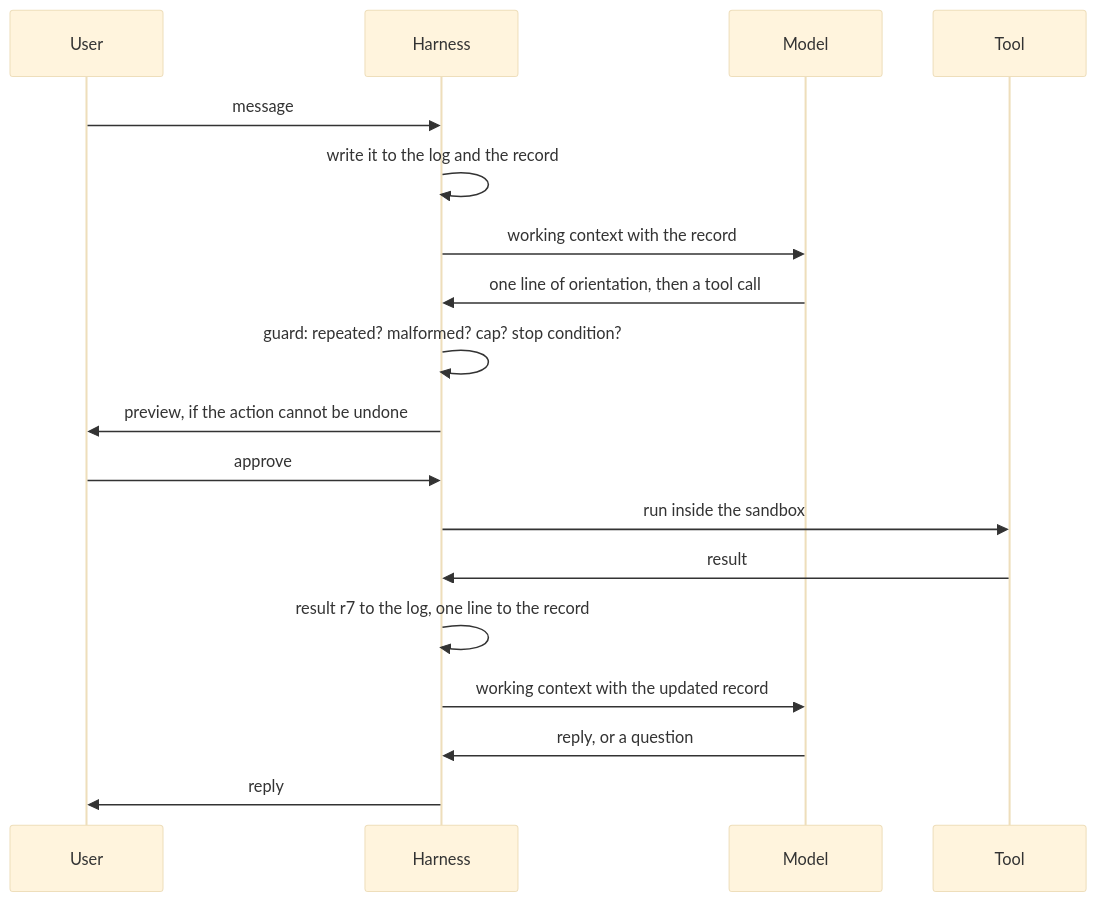
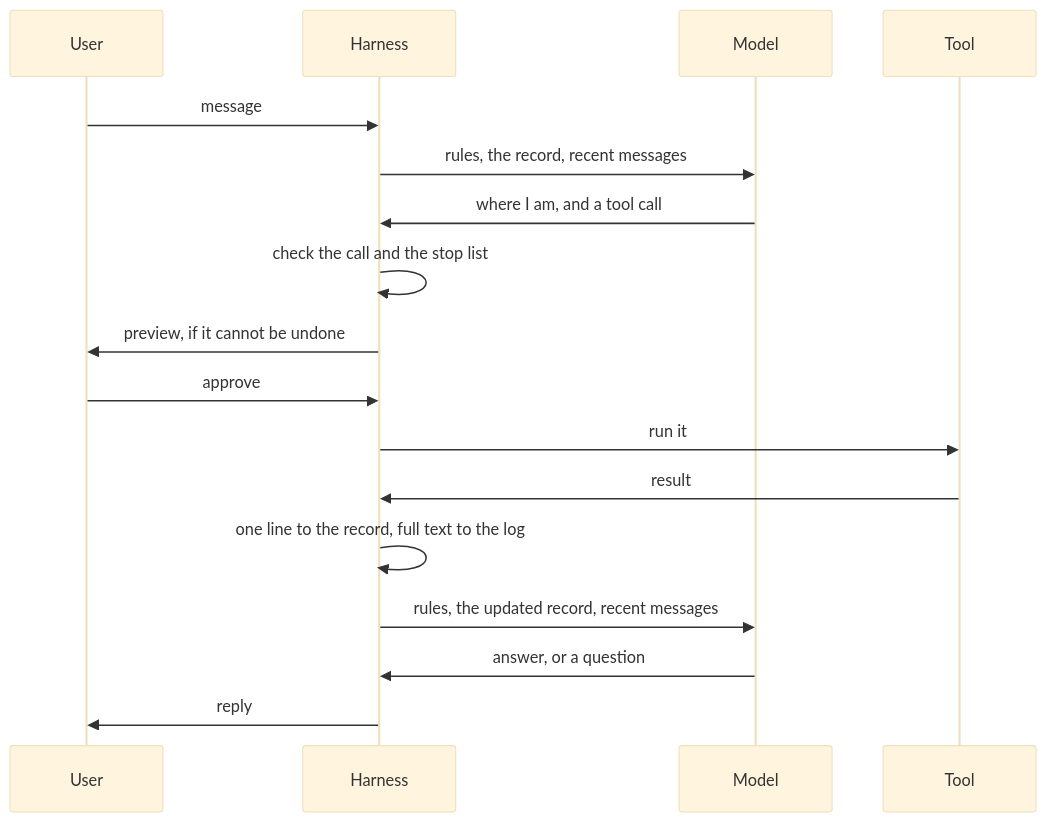
One commit to JaredTate/nerdgenie changed the fifth of 8 diagrams in COEUS.md. Above: the diagram before and after it, drawn with Mermaid (base theme). The commit also changed other lines of this file and 1 other file, not shown here.

````diff
--- a/COEUS.md
+++ b/COEUS.md
@@ -200,20 +178,19 @@
 ```mermaid
 sequenceDiagram
   participant U as User
   participant H as Harness
   participant M as Model
   participant T as Tool
   U->>H: message
-  H->>H: write it to the log and the record
-  H->>M: working context with the record
-  M->>H: one line of orientation, then a tool call
-  H->>H: guard: repeated? malformed? cap? stop condition?
-  H->>U: preview, if the action cannot be undone
+  H->>M: rules, the record, recent messages
+  M->>H: where I am, and a tool call
+  H->>H: check the call and the stop list
+  H->>U: preview, if it cannot be undone
   U->>H: approve
-  H->>T: run inside the sandbox
+  H->>T: run it
   T->>H: result
-  H->>H: result r7 to the log, one line to the record
-  H->>M: working context with the updated record
-  M->>H: reply, or a question
+  H->>H: one line to the record, full text to the log
+  H->>M: rules, the updated record, recent messages
+  M->>H: answer, or a question
   H->>U: reply
 ```
````
